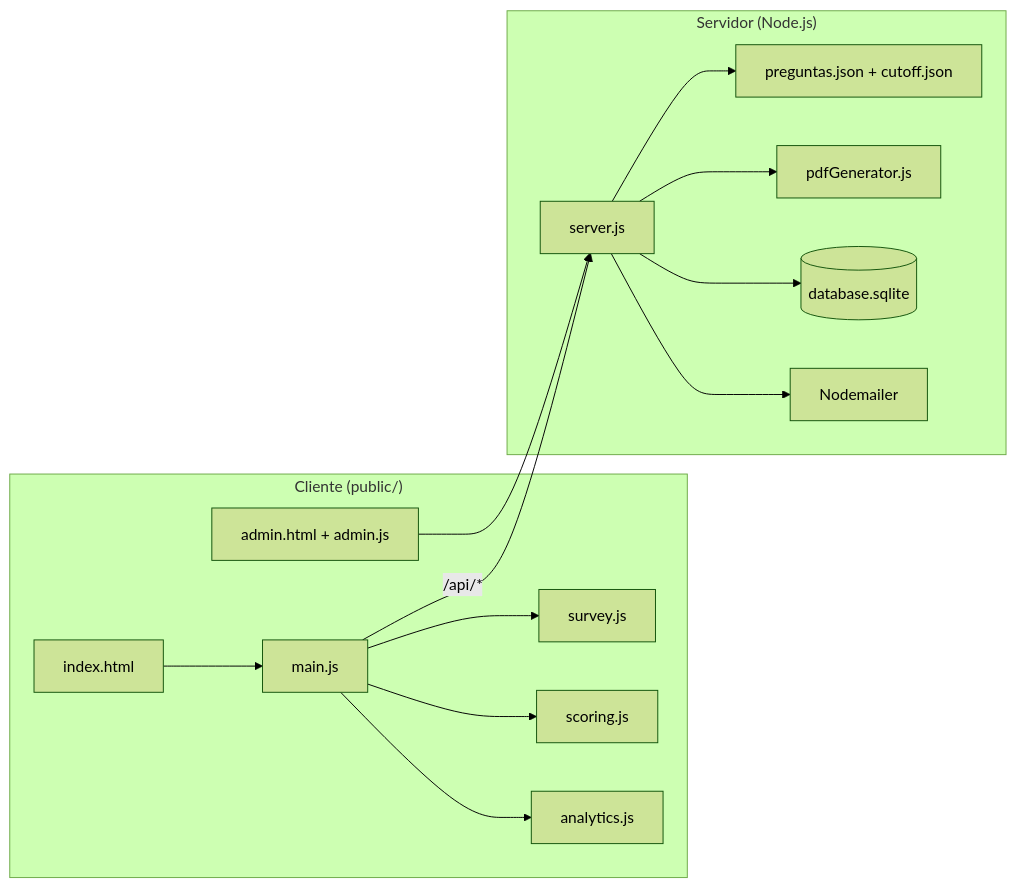
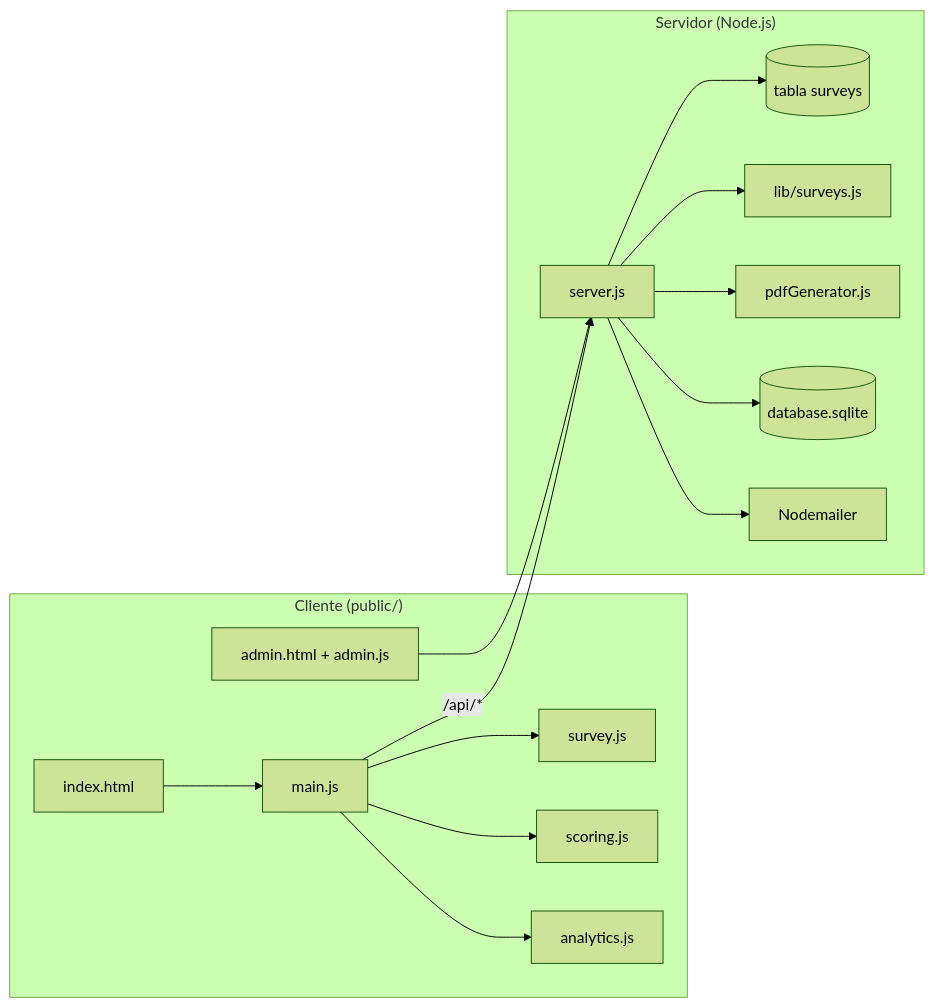
The diagram in README.md (sector7gp/survey), drawn with Mermaid (forest theme) before and after one commit. The commit also changed other lines of this file and 12 other files, not shown here.

````diff
--- a/README.md
+++ b/README.md
@@ -9,28 +9,30 @@
 ```mermaid
 flowchart LR
   subgraph cliente["Cliente (public/)"]
     index[index.html]
     main[main.js]
     survey[survey.js]
     scoring[scoring.js]
     analytics[analytics.js]
     admin[admin.html + admin.js]
   end
   subgraph servidor["Servidor (Node.js)"]
     server[server.js]
-    config[preguntas.json + cutoff.json]
+    surveys[(tabla surveys)]
+    lib[lib/surveys.js]
     pdf[pdfGenerator.js]
     db[(database.sqlite)]
     mail[Nodemailer]
   end
   index --> main
   main --> survey
   main --> scoring
   main --> analytics
   admin --> server
   main -->|/api/*| server
-  server --> config
+  server --> surveys
+  server --> lib
   server --> db
   server --> pdf
   server --> mail
 ```
````
